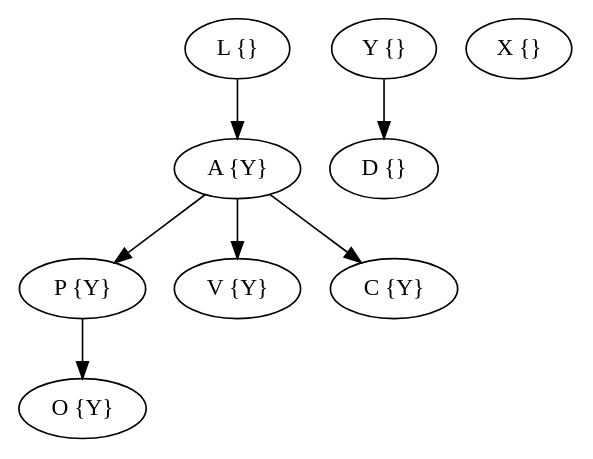
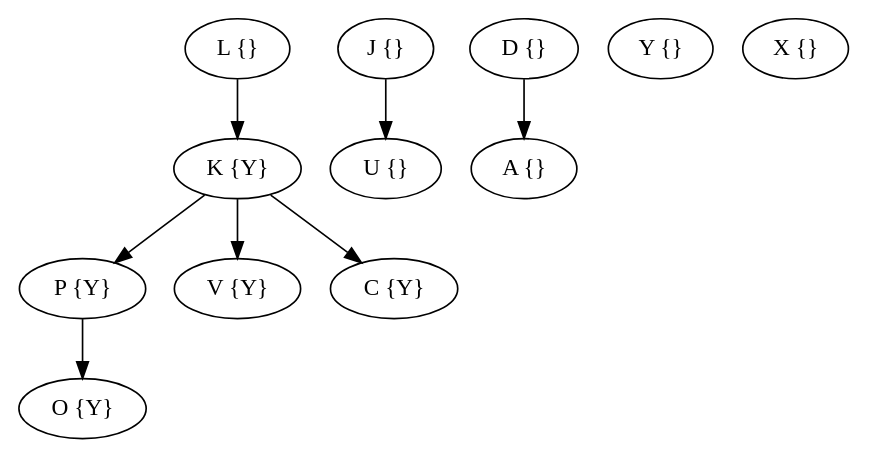
The diagram in output/grafo.dot (GiovA07/Pointer_Analysis), drawn with Graphviz before and after one commit. The commit also changed 6 other files, not shown here.

```diff
--- a/output/grafo.dot
+++ b/output/grafo.dot
@@ -1,18 +1,22 @@
 digraph{
 rankdir=TB;
 O [label="O {Y}"];
+J [label="J {}"];
+U [label="U {}"];
 D [label="D {}"];
+A [label="A {}"];
 P [label="P {Y}"];
 V [label="V {Y}"];
 C [label="C {Y}"];
 L [label="L {}"];
 Y [label="Y {}"];
 X [label="X {}"];
-A [label="A {Y}"];
+K [label="K {Y}"];
+J -> U;
+D -> A;
 P -> O;
-L -> A;
-Y -> D;
-A -> P;
-A -> V;
-A -> C;
+L -> K;
+K -> P;
+K -> V;
+K -> C;
 }
```
